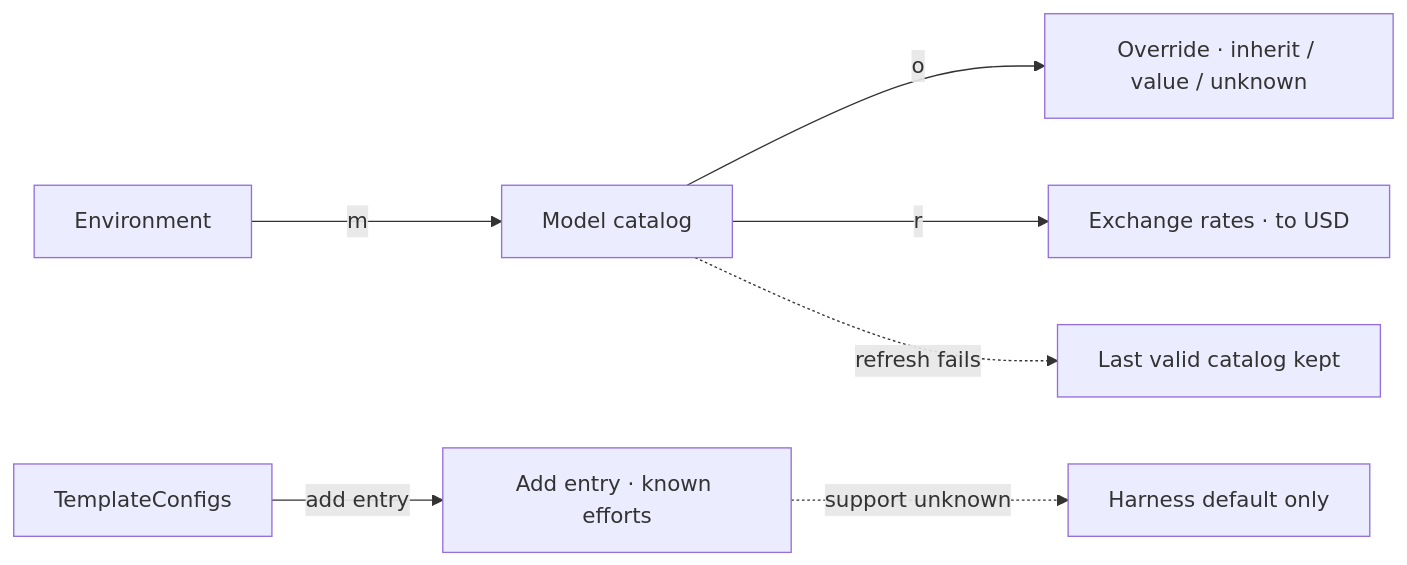
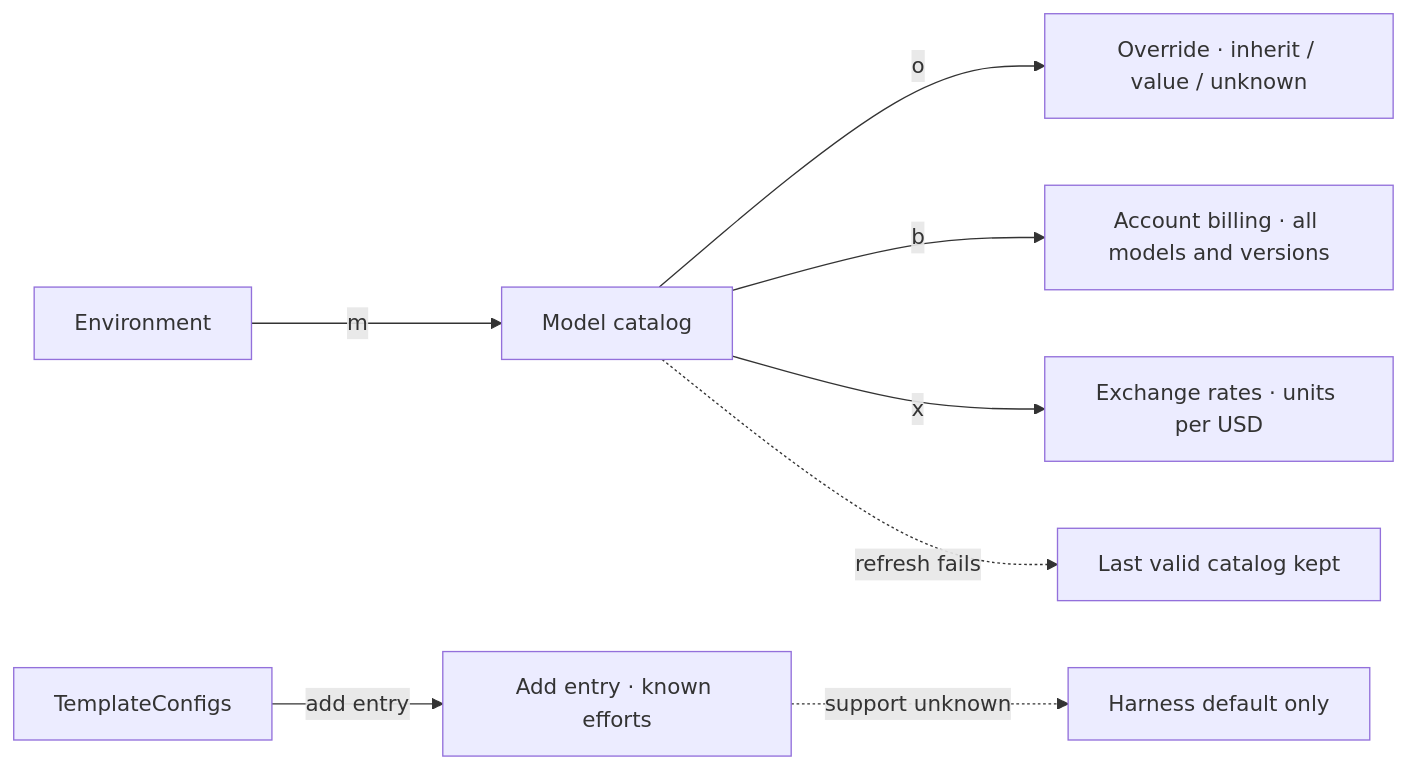
The ninth of 23 diagrams in spec/design/wireframe-tui/navigation.md (AxionomicAI/AxBenchmark), drawn with Mermaid before and after one commit. The commit also changed other lines of this file and 329 other files, not shown here.

````diff
--- a/spec/design/wireframe-tui/navigation.md
+++ b/spec/design/wireframe-tui/navigation.md
@@ -209,9 +220,10 @@
 ```mermaid
 flowchart LR
     Environment -->|m| Catalog["Model catalog"]
     Catalog -->|o| CatalogOverride["Override · inherit / value / unknown"]
-    Catalog -->|r| CatalogRates["Exchange rates · to USD"]
+    Catalog -->|b| CatalogBilling["Account billing · all models and versions"]
+    Catalog -->|x| CatalogRates["Exchange rates · units per USD"]
     Catalog -.->|refresh fails| CatalogRefreshFailed["Last valid catalog kept"]
     TemplateConfigs -->|add entry| ModelPicker["Add entry · known efforts"]
     ModelPicker -.->|support unknown| ModelPickerUnknown["Harness default only"]
 ```
````
